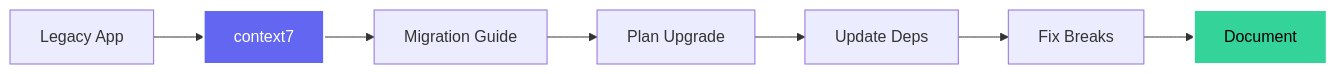
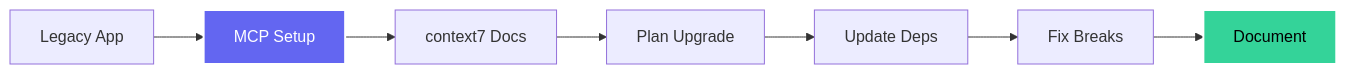
The seventh of 8 diagrams in slides.md (kousen/junie-training), drawn with Mermaid before and after one commit. The commit also changed other lines of this file and 29 other files, not shown here.

````diff
--- a/slides.md
+++ b/slides.md
@@ -818,12 +783,12 @@
 ```mermaid
 graph LR
-    A[Legacy App] --> B[context7]
-    B --> C[Migration Guide]
+    A[Legacy App] --> B[MCP Setup]
+    B --> C[context7 Docs]
     C --> D[Plan Upgrade]
     D --> E[Update Deps]
     E --> F[Fix Breaks]
     F --> G[Document]
     
     style B fill:#6366f1,stroke:#fff,stroke-width:2px,color:#fff
     style G fill:#34d399,stroke:#fff,stroke-width:2px,color:#000
 ```
````
